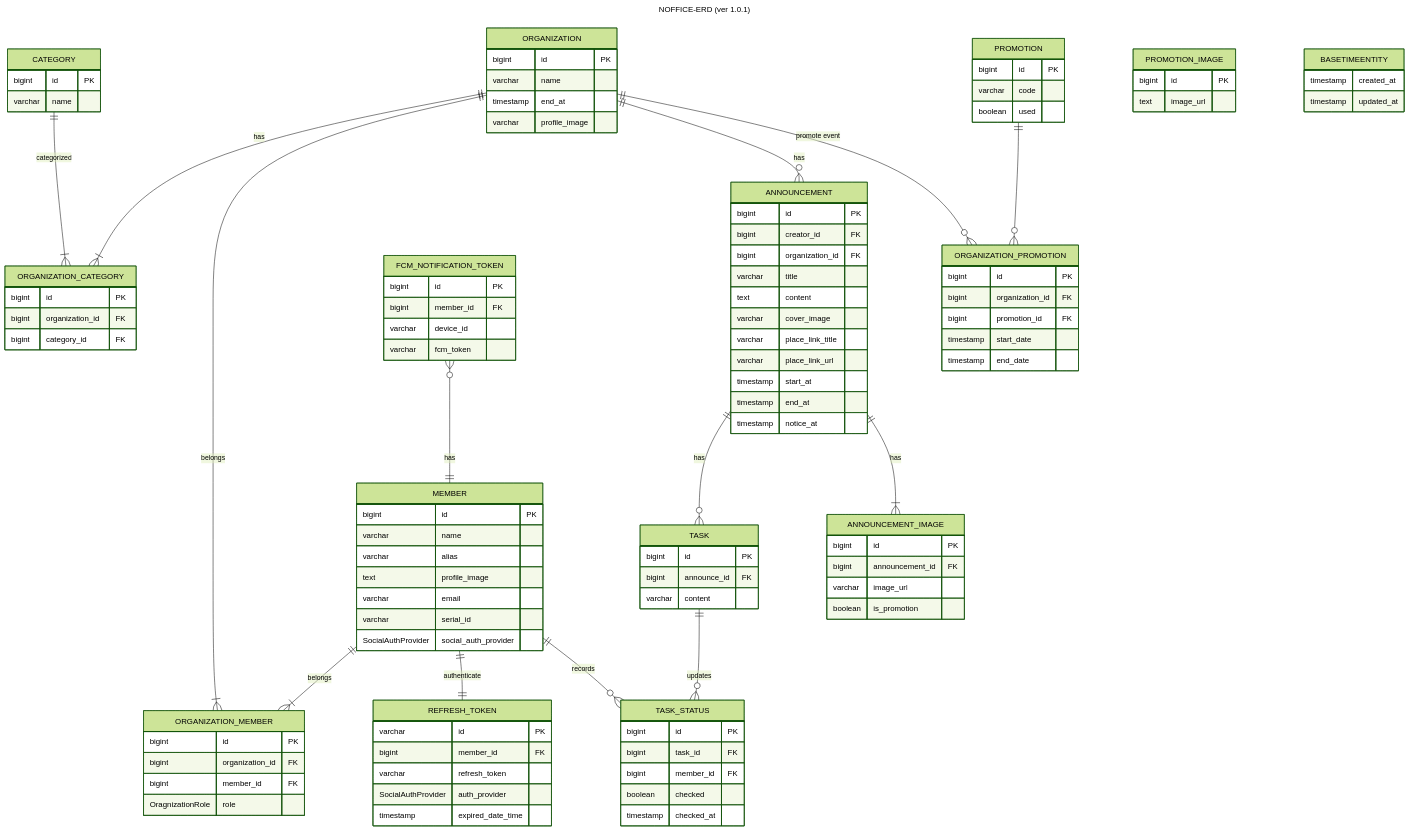
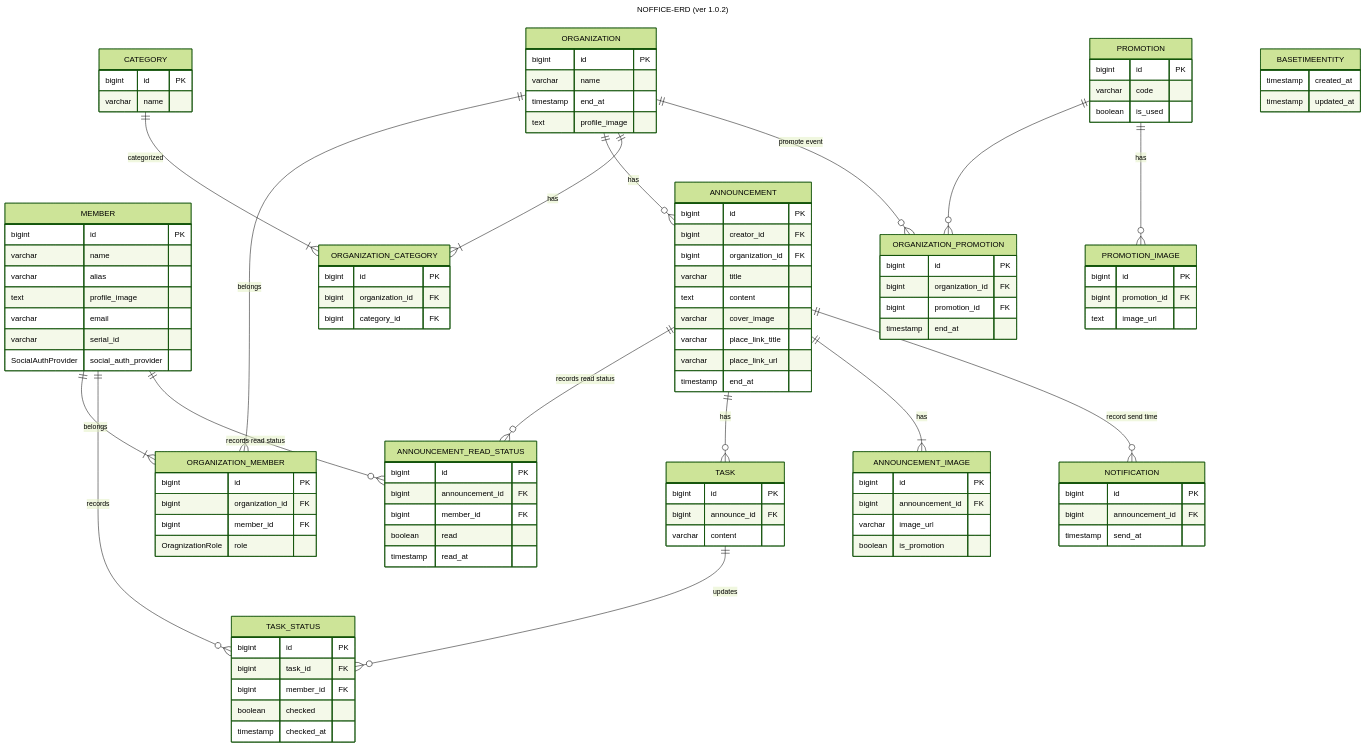
One commit to Team-Notitime/NOFFICE-SERVER changed the diagram in docs/NOFFICE-erd.md. Above: the diagram before and after it, drawn with Mermaid (forest theme).

Commit message:
:memo: docs: update ERD v0.1.2
- update major version on deploy
1.0.1 -> 0.1.2

````diff
--- a/docs/NOFFICE-erd.md
+++ b/docs/NOFFICE-erd.md
@@ -3,8 +5,9 @@
 ```mermaid
 ---
-title : NOFFICE-ERD (ver 1.0.1)
+title : NOFFICE-ERD (ver 1.0.2)
 ---
 erDiagram
+    MEMBER ||--|{ ORGANIZATION_MEMBER: belongs
     MEMBER {
         bigint id PK
         varchar name
@@ -15,60 +18,15 @@
         SocialAuthProvider social_auth_provider
     }
 
+    ORGANIZATION ||--|{ ORGANIZATION_MEMBER: belongs
+    ORGANIZATION ||--o{ ANNOUNCEMENT: "has"
     ORGANIZATION {
         bigint id PK
         varchar name
         timestamp end_at
-        varchar profile_image
+        text profile_image
     }
 
-    ORGANIZATION ||--|{ ORGANIZATION_CATEGORY: has
-    CATEGORY ||--|{ ORGANIZATION_CATEGORY: categorized
-    ORGANIZATION_CATEGORY {
-        bigint id PK
-        bigint organization_id FK
-        bigint category_id FK
-    }
-
-    CATEGORY {
-        bigint id PK
-        varchar name
-    }
-    ORGANIZATION_PROMOTION {
-        bigint id PK
-        bigint organization_id FK
-        bigint promotion_id FK
-        timestamp start_date
-        timestamp end_date
-    }
-
-    MEMBER ||--|{ ORGANIZATION_MEMBER: belongs
-    ORGANIZATION ||--|{ ORGANIZATION_MEMBER: belongs
-    ORGANIZATION_MEMBER {
-        bigint id PK
-        bigint organization_id FK
-        bigint member_id FK
-        OragnizationRole role
-    }
-
-    FCM_NOTIFICATION_TOKEN }o--|| MEMBER: "has"
-    FCM_NOTIFICATION_TOKEN {
-        bigint id PK
-        bigint member_id FK
-        varchar device_id
-        varchar fcm_token
-    }
-
-    MEMBER ||--|| REFRESH_TOKEN: authenticate
-    REFRESH_TOKEN {
-        varchar id PK
-        bigint member_id FK
-        varchar refresh_token
-        SocialAuthProvider auth_provider
-        timestamp expired_date_time
-    }
-
-    ORGANIZATION ||--o{ ANNOUNCEMENT: "has"
     ANNOUNCEMENT {
         bigint id PK
         bigint creator_id FK
@@ -78,23 +36,7 @@
         varchar cover_image
         varchar place_link_title
         varchar place_link_url
-        timestamp start_at
         timestamp end_at
-        timestamp notice_at
-    }
-    ORGANIZATION ||--o{ ORGANIZATION_PROMOTION: "promote event"
-    PROMOTION ||--o{ ORGANIZATION_PROMOTION: ""
-    PROMOTION {
-        bigint id PK
-        varchar code
-        boolean used
-    }
-
-    ANNOUNCEMENT ||--o{ TASK: has
-    TASK {
-        bigint id PK
-        bigint announce_id FK
-        varchar content
     }
 
     MEMBER ||--o{ TASK_STATUS: records
@@ -107,6 +49,23 @@
         timestamp checked_at
     }
 
+    ANNOUNCEMENT ||--o{ ANNOUNCEMENT_READ_STATUS: "records read status"
+    MEMBER ||--o{ ANNOUNCEMENT_READ_STATUS: "records read status"
+    ANNOUNCEMENT_READ_STATUS {
+        bigint id PK
+        bigint announcement_id FK
+        bigint member_id FK
+        boolean read
+        timestamp read_at
+    }
+
+    ANNOUNCEMENT ||--o{ TASK: has
+    TASK {
+        bigint id PK
+        bigint announce_id FK
+        varchar content
+    }
+
     ANNOUNCEMENT ||--|{ ANNOUNCEMENT_IMAGE: "has"
     ANNOUNCEMENT_IMAGE {
         bigint id PK
@@ -115,9 +74,50 @@
         boolean is_promotion
     }
 
+    ORGANIZATION_MEMBER {
+        bigint id PK
+        bigint organization_id FK
+        bigint member_id FK
+        OragnizationRole role
+    }
+    ORGANIZATION ||--|{ ORGANIZATION_CATEGORY: has
+    ORGANIZATION_CATEGORY {
+        bigint id PK
+        bigint organization_id FK
+        bigint category_id FK
+    }
+    CATEGORY ||--|{ ORGANIZATION_CATEGORY: categorized
+    CATEGORY {
+        bigint id PK
+        varchar name
+    }
+    ORGANIZATION ||--o{ ORGANIZATION_PROMOTION: "promote event"
+    PROMOTION ||--o{ ORGANIZATION_PROMOTION: ""
+    PROMOTION {
+        bigint id PK
+        varchar code
+        boolean is_used
+    }
+
+    PROMOTION ||--o{ PROMOTION_IMAGE: "has"
     PROMOTION_IMAGE {
         bigint id PK
+        bigint promotion_id FK
         text image_url
+    }
+
+    ORGANIZATION_PROMOTION {
+        bigint id PK
+        bigint organization_id FK
+        bigint promotion_id FK
+        timestamp end_at
+    }
+
+    ANNOUNCEMENT ||--o{ NOTIFICATION: "record send time"
+    NOTIFICATION {
+        bigint id PK
+        bigint announcement_id FK
+        timestamp send_at
     }
 
     BASETIMEENTITY {
````
